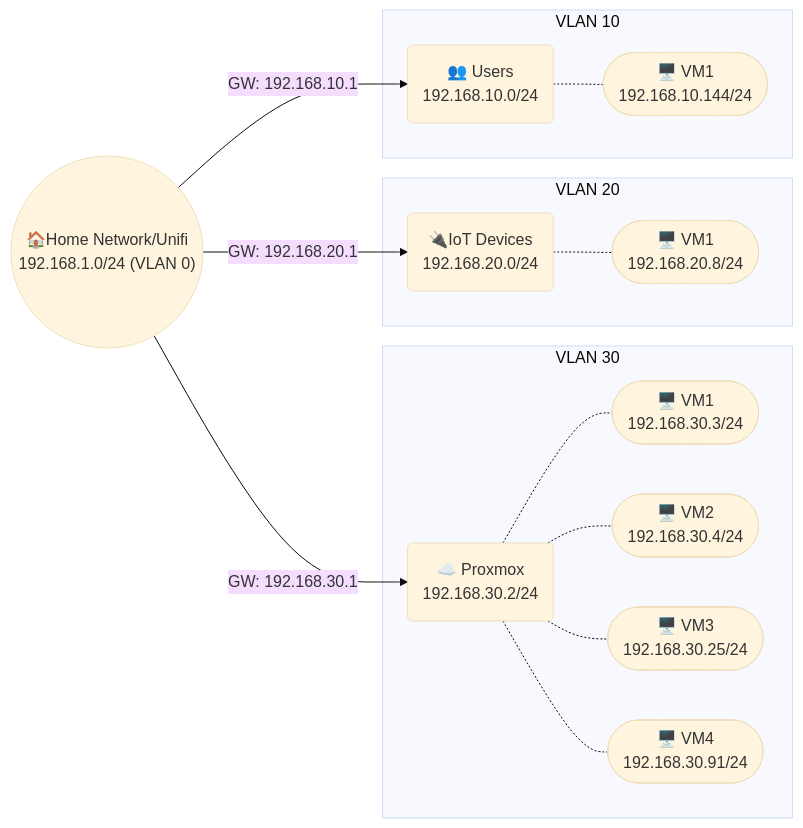
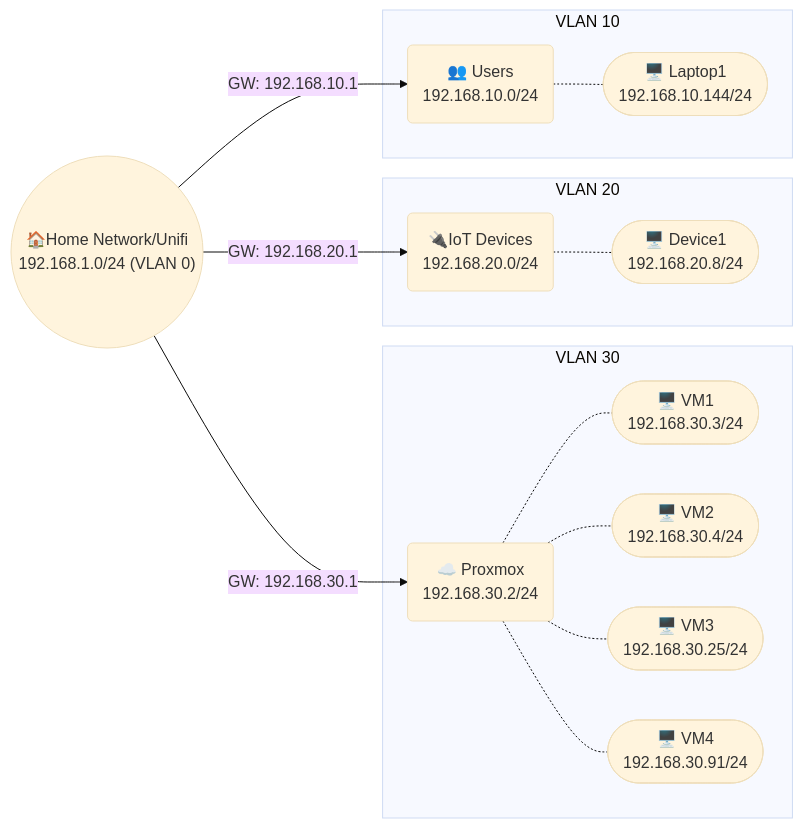
The diagram in _posts/2024-06-11-proxmox-part-2-networking-setup.md (robertsinfosec/robertsinfosec.github.io), drawn with Mermaid (base theme) before and after one commit.

Commit message:
Rename devices in Proxmox networking diagram for improved clarity

```diff
--- a/_posts/2024-06-11-proxmox-part-2-networking-setup.md
+++ b/_posts/2024-06-11-proxmox-part-2-networking-setup.md
@@ -32,22 +32,22 @@
 <div class="mermaid">
 graph LR&#10;
     B(("🏠Home Network/Unifi&#10;192.168.1.0/24 (VLAN 0)"))&#10;
     B --"GW: 192.168.30.1"--> ProxMoxServer&#10;
     B --"GW: 192.168.20.1"--> IoT&#10;
     B --"GW: 192.168.10.1"--> Users&#10;
     subgraph VLAN 30&#10;
         ProxMoxServer("☁️ Proxmox&#10;192.168.30.2/24")&#10;
         ProxMoxServer -.- F(["🖥️ VM1&#10;192.168.30.3/24"])&#10;
         ProxMoxServer -.- G(["🖥️ VM2&#10;192.168.30.4/24"])&#10;
         ProxMoxServer -.- H(["🖥️ VM3&#10;192.168.30.25/24"])&#10;
         ProxMoxServer -.- I(["🖥️ VM4&#10;192.168.30.91/24"])&#10;
     end&#10;
     subgraph VLAN 20&#10;
         IoT("🔌IoT Devices&#10;192.168.20.0/24")&#10;
-        IoT -.- IoT1(["🖥️ VM1&#10;192.168.20.8/24"])&#10;
+        IoT -.- IoT1(["🖥️ Device1&#10;192.168.20.8/24"])&#10;
     end&#10;
     subgraph VLAN 10&#10;
         Users("👥 Users&#10;192.168.10.0/24")&#10;
-        Users -.- User1(["🖥️ VM1&#10;192.168.10.144/24"])&#10;
+        Users -.- User1(["🖥️ Laptop1&#10;192.168.10.144/24"])&#10;
     end&#10;
 </div>
```
